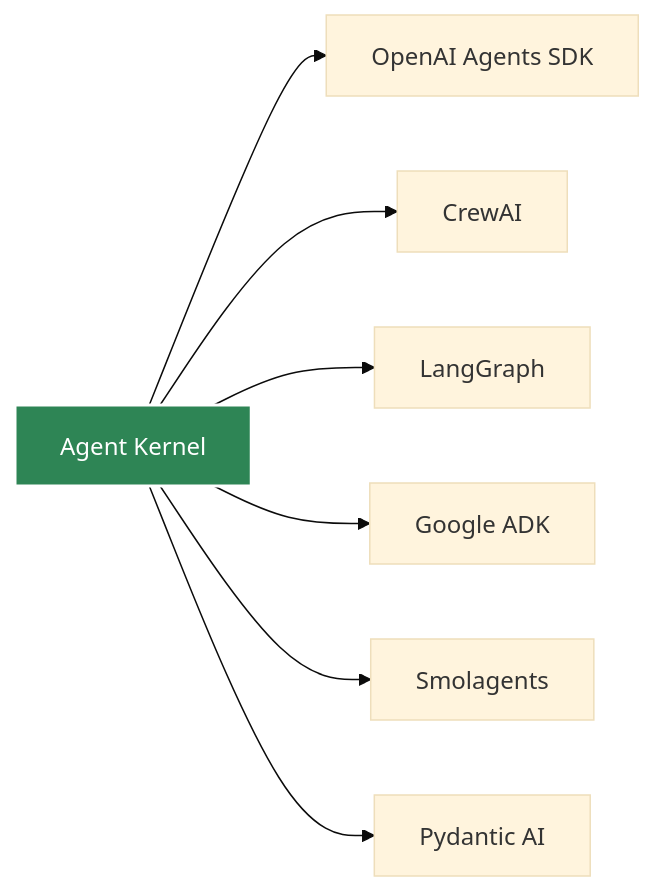
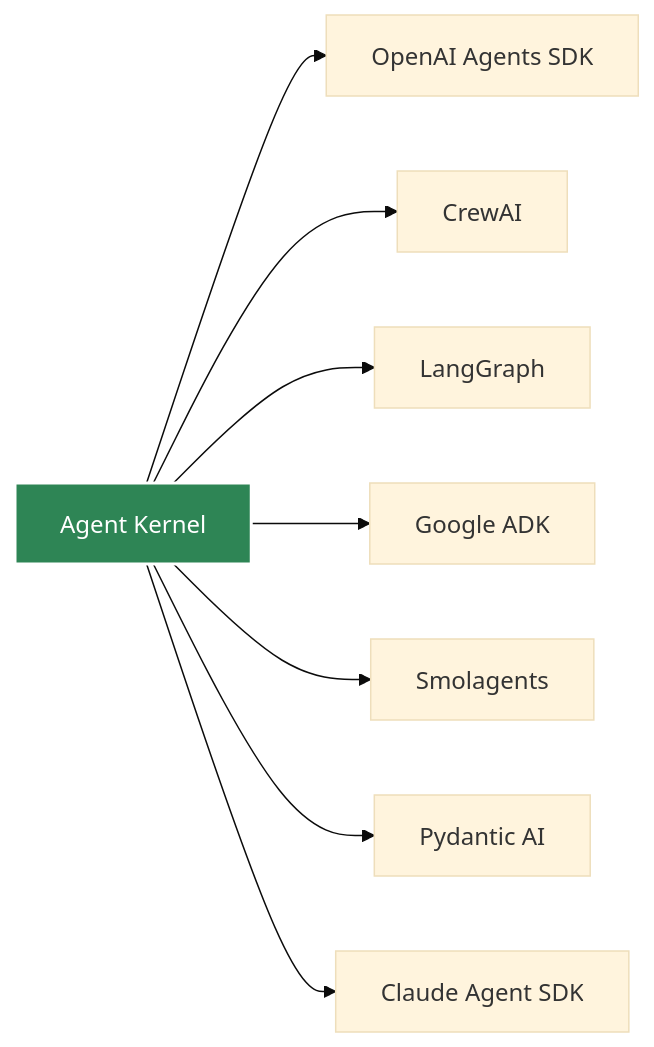
One commit to pulindu-yl/agent-kernel changed the diagram in docs/docs/frameworks/overview.md. Above: the diagram before and after it, drawn with Mermaid (base theme). The commit also changed other lines of this file and 65 other files, not shown here.

Commit message:
feat: add claude agent sdk framework adapter

````diff
--- a/docs/docs/frameworks/overview.md
+++ b/docs/docs/frameworks/overview.md
@@ -11,11 +11,12 @@
 ```mermaid
 graph LR
     A[Agent Kernel] --> B[OpenAI Agents SDK]
     A --> C[CrewAI]
     A --> D[LangGraph]
     A --> E[Google ADK]
     A --> F[Smolagents]
     A --> G[Pydantic AI]
+    A --> H[Claude Agent SDK]
     
     style A fill:#2e8555,stroke:#fff,stroke-width:2px,color:#fff
 ```
````
